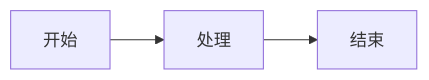
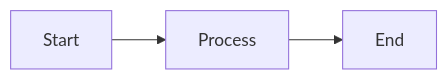
Before and after one commit to cycleuser/HeiBan: the diagram in README.md, drawn with Mermaid. The commit also changed other lines of this file and 2 other files, not shown here.

````diff
--- a/README.md
+++ b/README.md
@@ -100,5 +100,5 @@
 ```mermaid
 flowchart LR
-    A[开始] --> B[处理]
-    B --> C[结束]
+    A[Start] --> B[Process]
+    B --> C[End]
 ```
````
